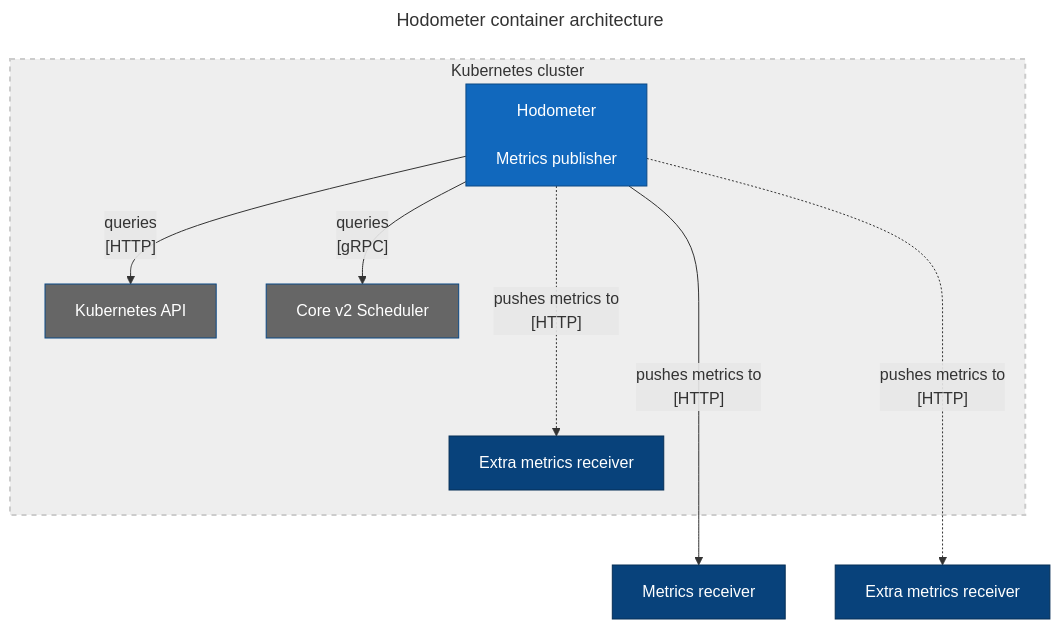
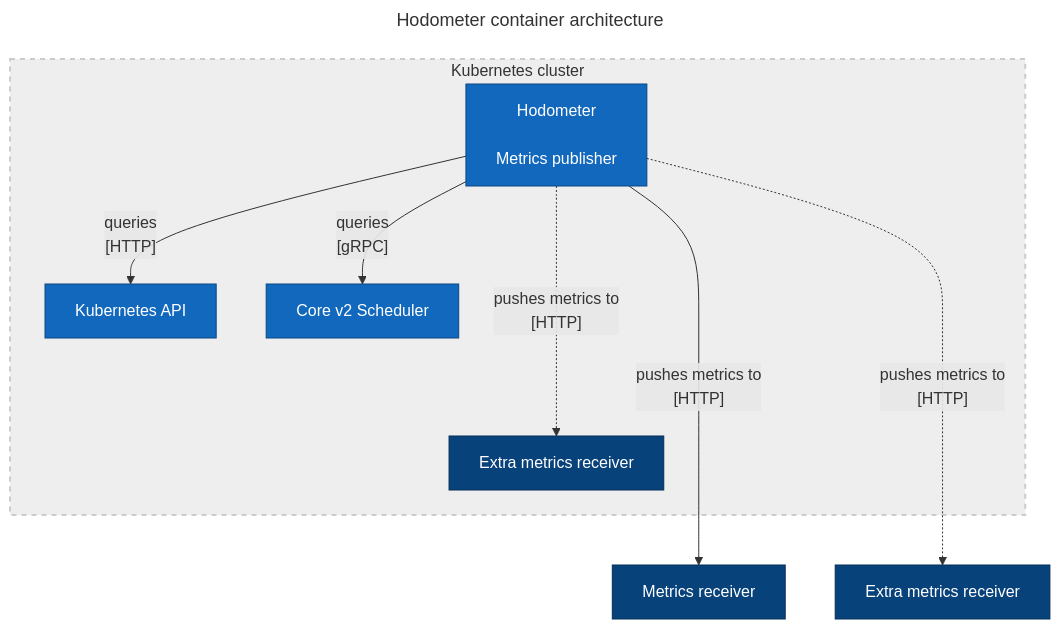
The diagram in docs/_drafts/scv2-hodometer-hodometer-container.mmd (agrski/agrski.github.io), drawn with Mermaid before and after one commit.

Commit message:
Use condensed assignment of nodes to classes in Hodometer container diagram

```diff
--- a/docs/_drafts/scv2-hodometer-hodometer-container.mmd
+++ b/docs/_drafts/scv2-hodometer-hodometer-container.mmd
@@ -1,32 +1,28 @@
 ---
 title: Hodometer container architecture
 ---
 
 flowchart TD
   H["Hodometer\n\nMetrics publisher"]
   K["Kubernetes API"]
   S["Core v2 Scheduler"]
   R1["Metrics receiver"]
   R2["Extra metrics receiver"]
   R3["Extra metrics receiver"]
 
   subgraph k8s-cluster[Kubernetes cluster]
     H --> |"queries\n[gRPC]"| S
     H --> |"queries\n[HTTP]"| K
     H -..-> |"pushes metrics to\n[HTTP]"| R2
   end
   H ----> |"pushes metrics to\n[HTTP]"| R1
   H -...-> |"pushes metrics to\n[HTTP]"| R3
 
   classDef focusSystem      fill:#1168bd,stroke:#0b4884,color:#ffffff
   classDef supportingSystem fill:#666,stroke:#0b4884,color:#ffffff
   classDef consumingSystem  fill:#08427b,stroke:#052e56,color:#ffffff
   classDef systemBoundary   fill:#eee,stroke:#ccc,stroke-width:2px,stroke-dasharray: 5 5
 
-  class H focusSystem
-  class S supportingSystem
-  class K supportingSystem
-  class R1 consumingSystem
-  class R2 consumingSystem
-  class R3 consumingSystem
+  class H,S,K focusSystem
+  class R1,R2,R3 consumingSystem
   class k8s-cluster systemBoundary
```
